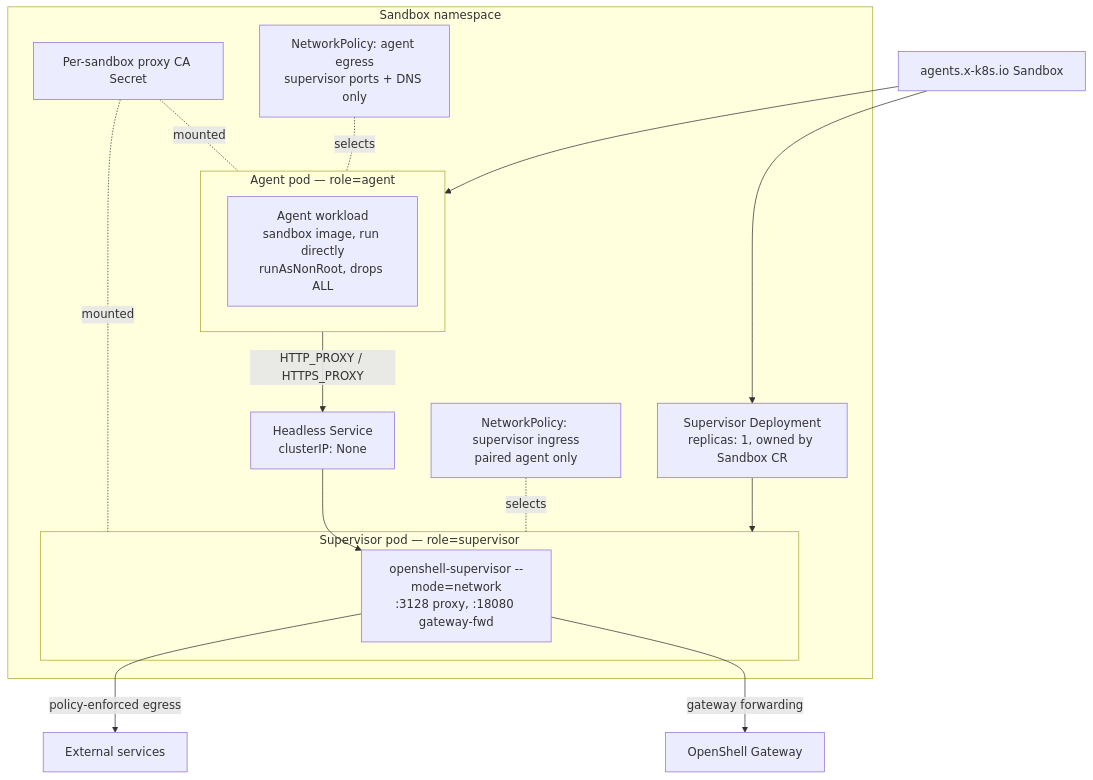
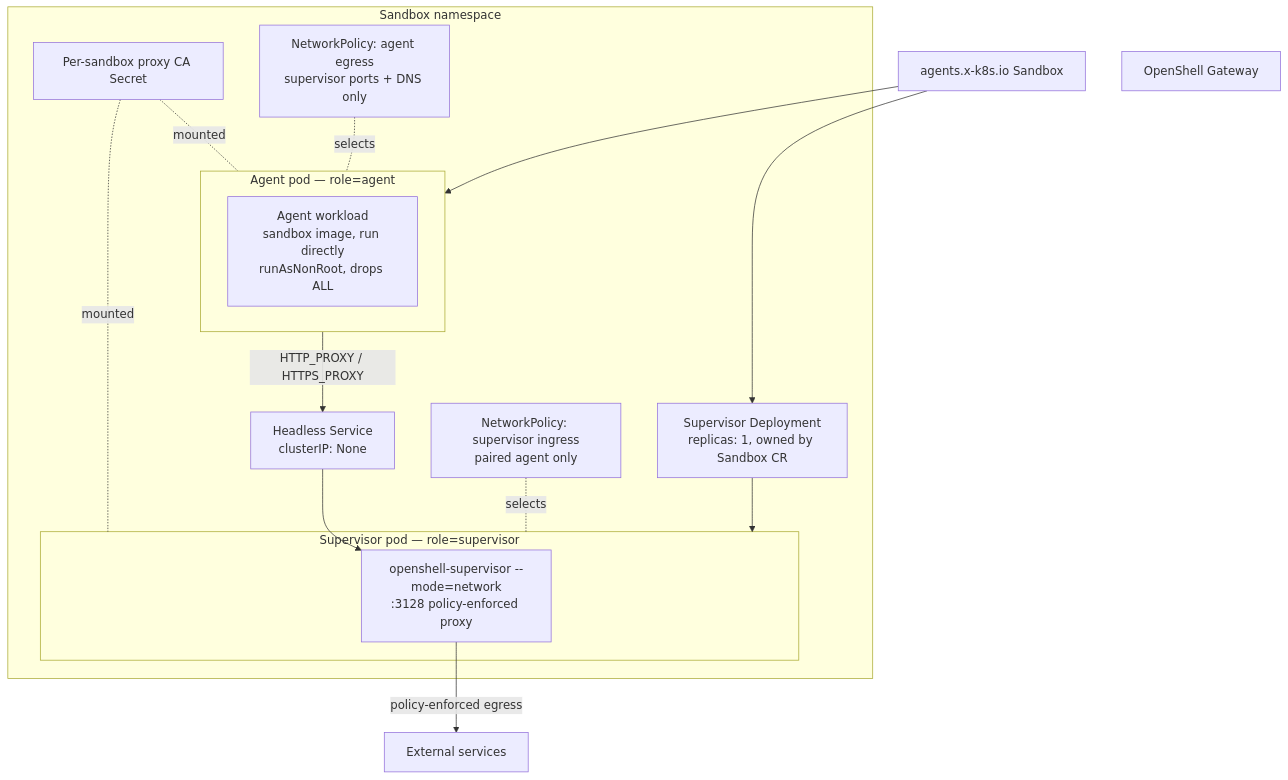
Before and after one commit to NVIDIA/OpenShell: the diagram in rfc/proxy-pod-topology-DRAFT.md, drawn with Mermaid. The commit also changed other lines of this file, not shown here.

First line of the commit message:
docs(rfc): reflect gateway-forward removal in proxy-pod design

````diff
--- a/rfc/proxy-pod-topology-DRAFT.md
+++ b/rfc/proxy-pod-topology-DRAFT.md
@@ -122,35 +122,34 @@
 ```mermaid
 flowchart TB
   Sandbox["agents.x-k8s.io Sandbox"]
 
   subgraph Namespace["Sandbox namespace"]
     subgraph AgentPod["Agent pod — role=agent"]
       Workload["Agent workload<br/>sandbox image, run directly<br/>runAsNonRoot, drops ALL"]
     end
 
     Deployment["Supervisor Deployment<br/>replicas: 1, owned by Sandbox CR"]
     subgraph SupervisorPod["Supervisor pod — role=supervisor"]
-      Proxy["openshell-supervisor --mode=network<br/>:3128 proxy, :18080 gateway-fwd"]
+      Proxy["openshell-supervisor --mode=network<br/>:3128 policy-enforced proxy"]
     end
 
     Service["Headless Service<br/>clusterIP: None"]
     CA["Per-sandbox proxy CA Secret"]
     EgressNP["NetworkPolicy: agent egress<br/>supervisor ports + DNS only"]
     IngressNP["NetworkPolicy: supervisor ingress<br/>paired agent only"]
   end
 
   Gateway["OpenShell Gateway"]
   External["External services"]
 
   Sandbox --> AgentPod
   Sandbox --> Deployment
   Deployment --> SupervisorPod
   AgentPod -->|"HTTP_PROXY / HTTPS_PROXY"| Service
   Service --> Proxy
-  Proxy -->|"gateway forwarding"| Gateway
   Proxy -->|"policy-enforced egress"| External
   CA -. mounted .- AgentPod
   CA -. mounted .- SupervisorPod
   EgressNP -. selects .- AgentPod
   IngressNP -. selects .- SupervisorPod
 ```
````
